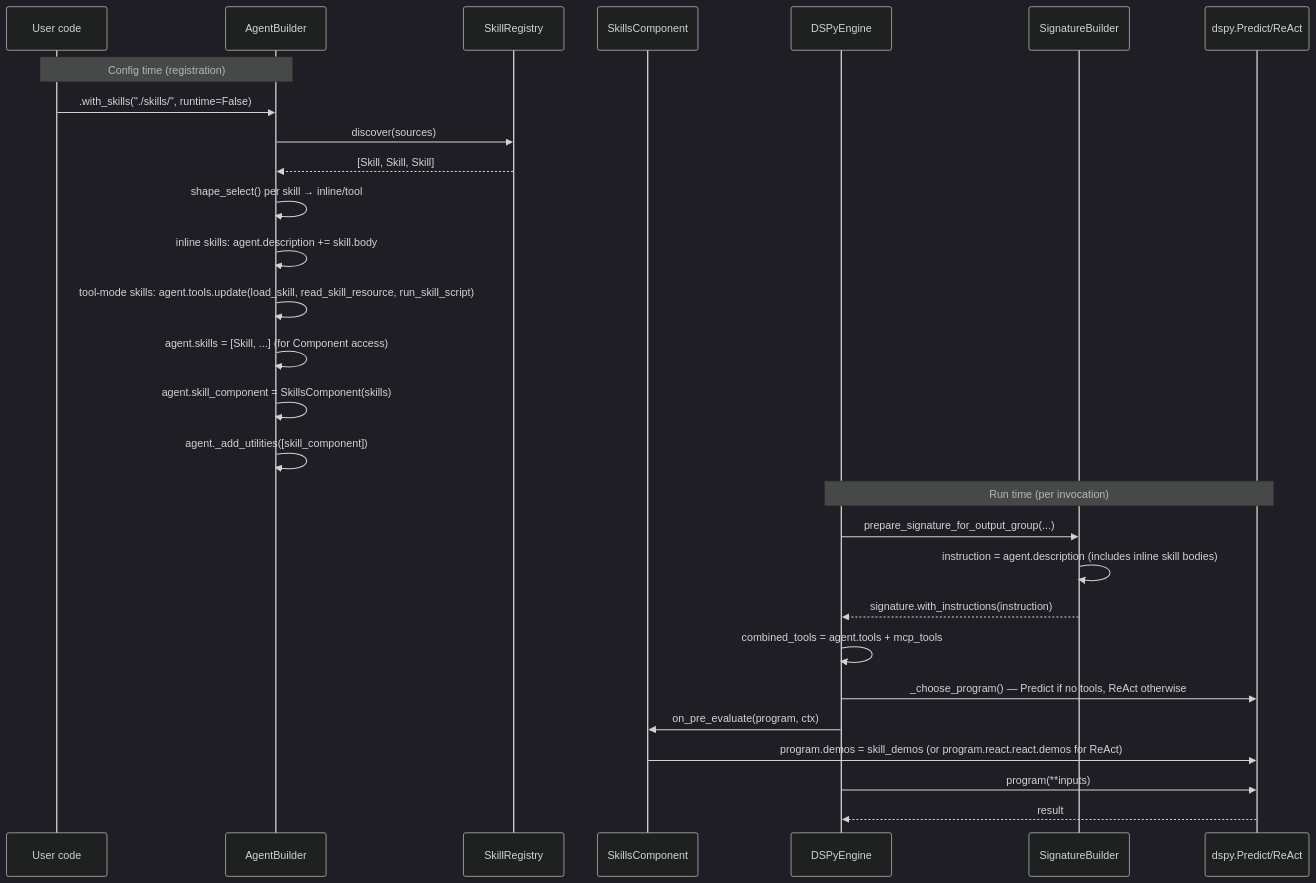
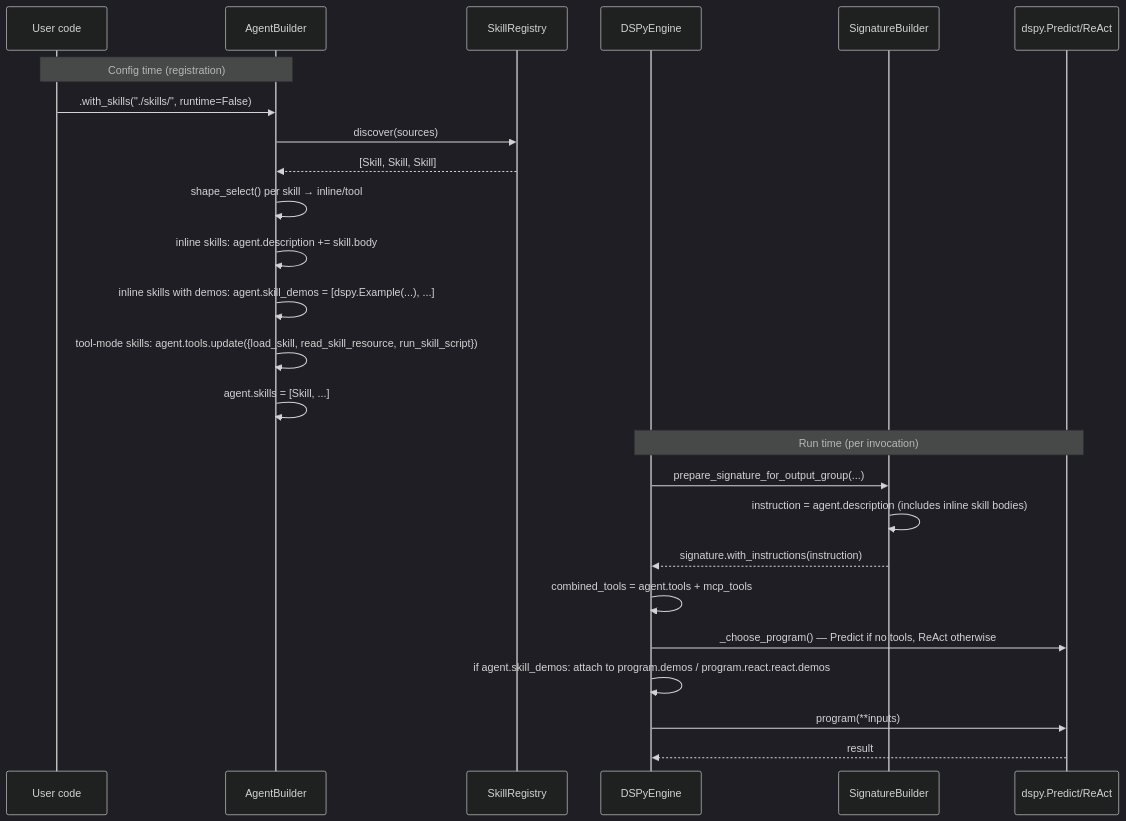
The first of 2 diagrams in docs/plans/2026-04-17-001-feat-agent-skills-internal-flock-plan.md (whiteducksoftware/flock), drawn with Mermaid (dark theme) before and after one commit. The commit also changed other lines of this file and 3 other files, not shown here.

````diff
--- a/docs/plans/2026-04-17-001-feat-agent-skills-internal-flock-plan.md
+++ b/docs/plans/2026-04-17-001-feat-agent-skills-internal-flock-plan.md
@@ -199,32 +198,29 @@
 ```mermaid
 sequenceDiagram
     participant User as User code
     participant AB as AgentBuilder
     participant Reg as SkillRegistry
-    participant Comp as SkillsComponent
     participant Engine as DSPyEngine
     participant SB as SignatureBuilder
     participant DSPy as dspy.Predict/ReAct
 
     Note over User,AB: Config time (registration)
     User->>AB: .with_skills("./skills/", runtime=False)
     AB->>Reg: discover(sources)
     Reg-->>AB: [Skill, Skill, Skill]
     AB->>AB: shape_select() per skill → inline/tool
     AB->>AB: inline skills: agent.description += skill.body
-    AB->>AB: tool-mode skills: agent.tools.update(load_skill, read_skill_resource, run_skill_script)
-    AB->>AB: agent.skills = [Skill, ...]  (for Component access)
-    AB->>AB: agent.skill_component = SkillsComponent(skills)
-    AB->>AB: agent._add_utilities([skill_component])
+    AB->>AB: inline skills with demos: agent.skill_demos = [dspy.Example(...), ...]
+    AB->>AB: tool-mode skills: agent.tools.update({load_skill, read_skill_resource, run_skill_script})
+    AB->>AB: agent.skills = [Skill, ...]
 
     Note over Engine,DSPy: Run time (per invocation)
     Engine->>SB: prepare_signature_for_output_group(...)
     SB->>SB: instruction = agent.description (includes inline skill bodies)
     SB-->>Engine: signature.with_instructions(instruction)
     Engine->>Engine: combined_tools = agent.tools + mcp_tools
     Engine->>DSPy: _choose_program() — Predict if no tools, ReAct otherwise
-    Engine->>Comp: on_pre_evaluate(program, ctx)
-    Comp->>DSPy: program.demos = skill_demos  (or program.react.react.demos for ReAct)
+    Engine->>Engine: if agent.skill_demos: attach to program.demos / program.react.react.demos
     Engine->>DSPy: program(**inputs)
     DSPy-->>Engine: result
 ```
````
